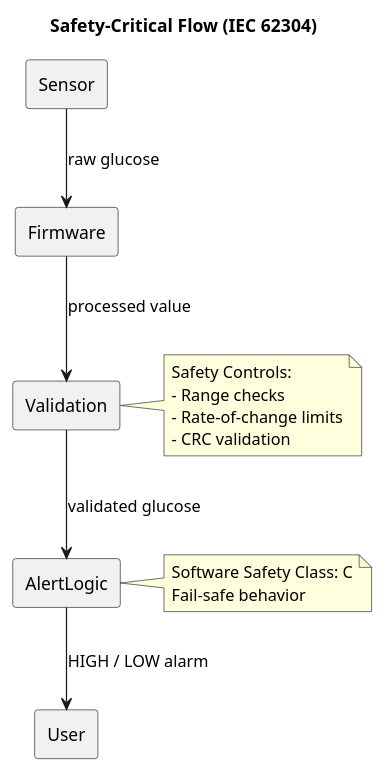
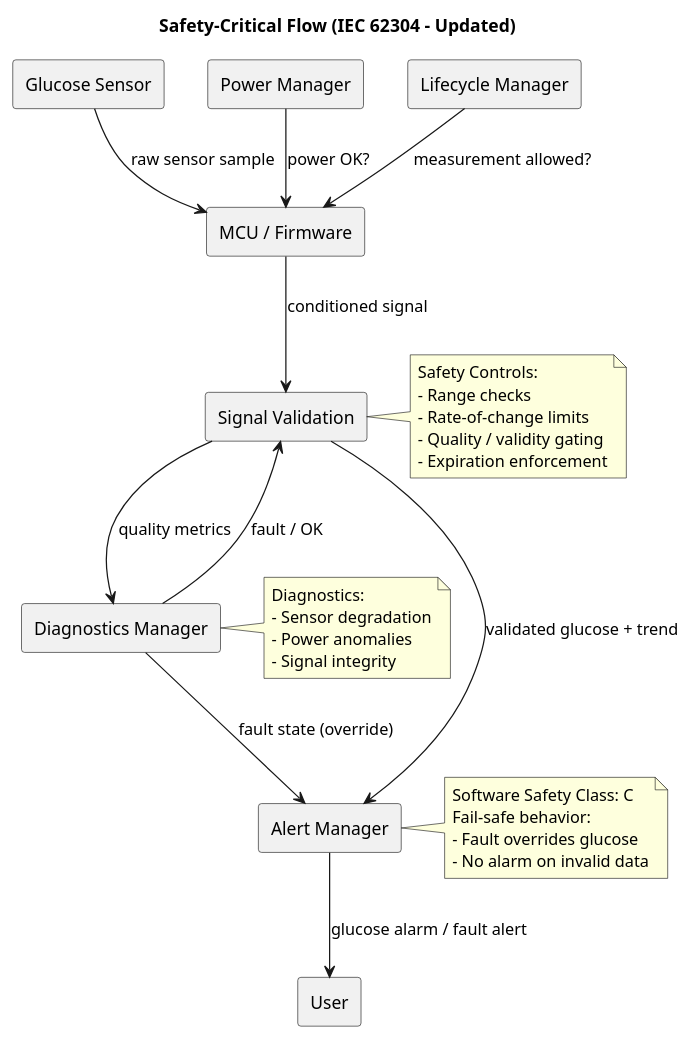
One commit to spothana/cgms changed the diagram in documents/diagrams/safety/cgms_safety_flow.puml. Above: the diagram before and after it, drawn with PlantUML. The commit also changed 23 other files, not shown here.

Commit message:
update the design diagrams to reflect one time usage of CGM devices and add diagnostic telemetry

```diff
--- a/documents/diagrams/safety/cgms_safety_flow.puml
+++ b/documents/diagrams/safety/cgms_safety_flow.puml
@@ -1,29 +1,63 @@
 @startuml cgms_safety_flow
 skinparam componentStyle rectangle
 
-title Safety-Critical Flow (IEC 62304)
+title Safety-Critical Flow (IEC 62304 – Updated)
 
-component Sensor
-component Firmware
-component Validation
-component AlertLogic
+component "Glucose Sensor" as Sensor
+component "MCU / Firmware" as MCU
+component "Power Manager" as Power
+component "Lifecycle Manager" as Life
+component "Signal Validation" as Validate
+component "Diagnostics Manager" as Diag
+component "Alert Manager" as Alert
 component User
 
-Sensor --> Firmware : raw glucose
-Firmware --> Validation : processed value
-Validation --> AlertLogic : validated glucose
-AlertLogic --> User : HIGH / LOW alarm
+' --------------------
+' Measurement gating
+' --------------------
+Power --> MCU : power OK?
+Life --> MCU : measurement allowed?
 
-note right of Validation
+' --------------------
+' Measurement & processing
+' --------------------
+Sensor --> MCU : raw sensor sample
+MCU --> Validate : conditioned signal
+
+' --------------------
+' Safety validation
+' --------------------
+Validate --> Diag : quality metrics
+Diag --> Validate : fault / OK
+
+' --------------------
+' Decision & alerting
+' --------------------
+Validate --> Alert : validated glucose + trend
+Diag --> Alert : fault state (override)
+
+Alert --> User : glucose alarm / fault alert
+
+note right of Validate
 Safety Controls:
 - Range checks
 - Rate-of-change limits
-- CRC validation
+- Quality / validity gating
+- Expiration enforcement
 end note
 
-note right of AlertLogic
+note right of Diag
+Diagnostics:
+- Sensor degradation
+- Power anomalies
+- Signal integrity
+end note
+
+note right of Alert
 Software Safety Class: C
-Fail-safe behavior
+Fail-safe behavior:
+- Fault overrides glucose
+- No alarm on invalid data
 end note
 
 @enduml
```
